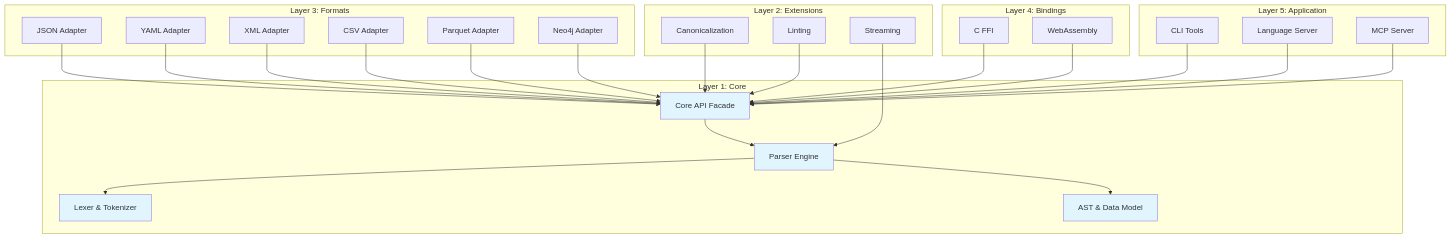
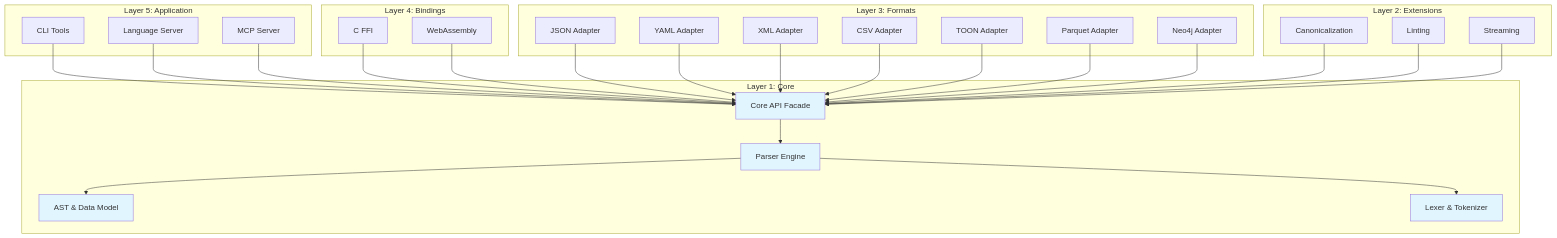
Before and after one commit to dweve-ai/hedl: the diagram in docs/architecture/system-design/layered-architecture.md, drawn with Mermaid. The commit also changed other lines of this file and 735 other files, not shown here.

````diff
--- a/docs/architecture/system-design/layered-architecture.md
+++ b/docs/architecture/system-design/layered-architecture.md
@@ -11,62 +11,64 @@
 ```mermaid
 graph TB
     subgraph "Layer 5: Application"
         CLI[CLI Tools]
         LSP[Language Server]
         MCP[MCP Server]
     end
 
     subgraph "Layer 4: Bindings"
         FFI[C FFI]
         WASM[WebAssembly]
     end
 
     subgraph "Layer 3: Formats"
         JSON[JSON Adapter]
         YAML[YAML Adapter]
         XML[XML Adapter]
         CSV[CSV Adapter]
+        TOON[TOON Adapter]
         Parquet[Parquet Adapter]
         Neo4j[Neo4j Adapter]
     end
 
     subgraph "Layer 2: Extensions"
         C14N[Canonicalization]
         Lint[Linting]
         Stream[Streaming]
     end
 
     subgraph "Layer 1: Core"
         CoreAPI[Core API Facade]
         Parser[Parser Engine]
         AST[AST & Data Model]
         Lexer[Lexer & Tokenizer]
     end
 
     CLI --> CoreAPI
     LSP --> CoreAPI
     MCP --> CoreAPI
 
     FFI --> CoreAPI
     WASM --> CoreAPI
 
     JSON --> CoreAPI
     YAML --> CoreAPI
     XML --> CoreAPI
     CSV --> CoreAPI
+    TOON --> CoreAPI
     Parquet --> CoreAPI
     Neo4j --> CoreAPI
 
     C14N --> CoreAPI
     Lint --> CoreAPI
-    Stream --> Parser
+    Stream --> CoreAPI
 
     CoreAPI --> Parser
     Parser --> AST
     Parser --> Lexer
 
     style CoreAPI fill:#e1f5ff
     style Parser fill:#e1f5ff
     style AST fill:#e1f5ff
     style Lexer fill:#e1f5ff
 ```
````
